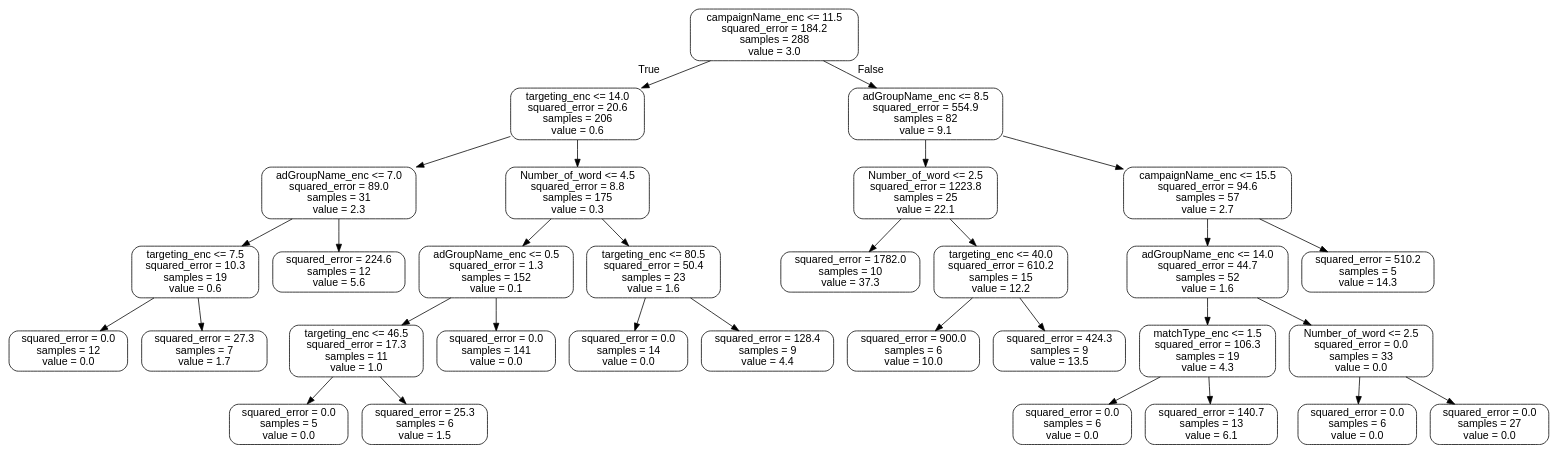
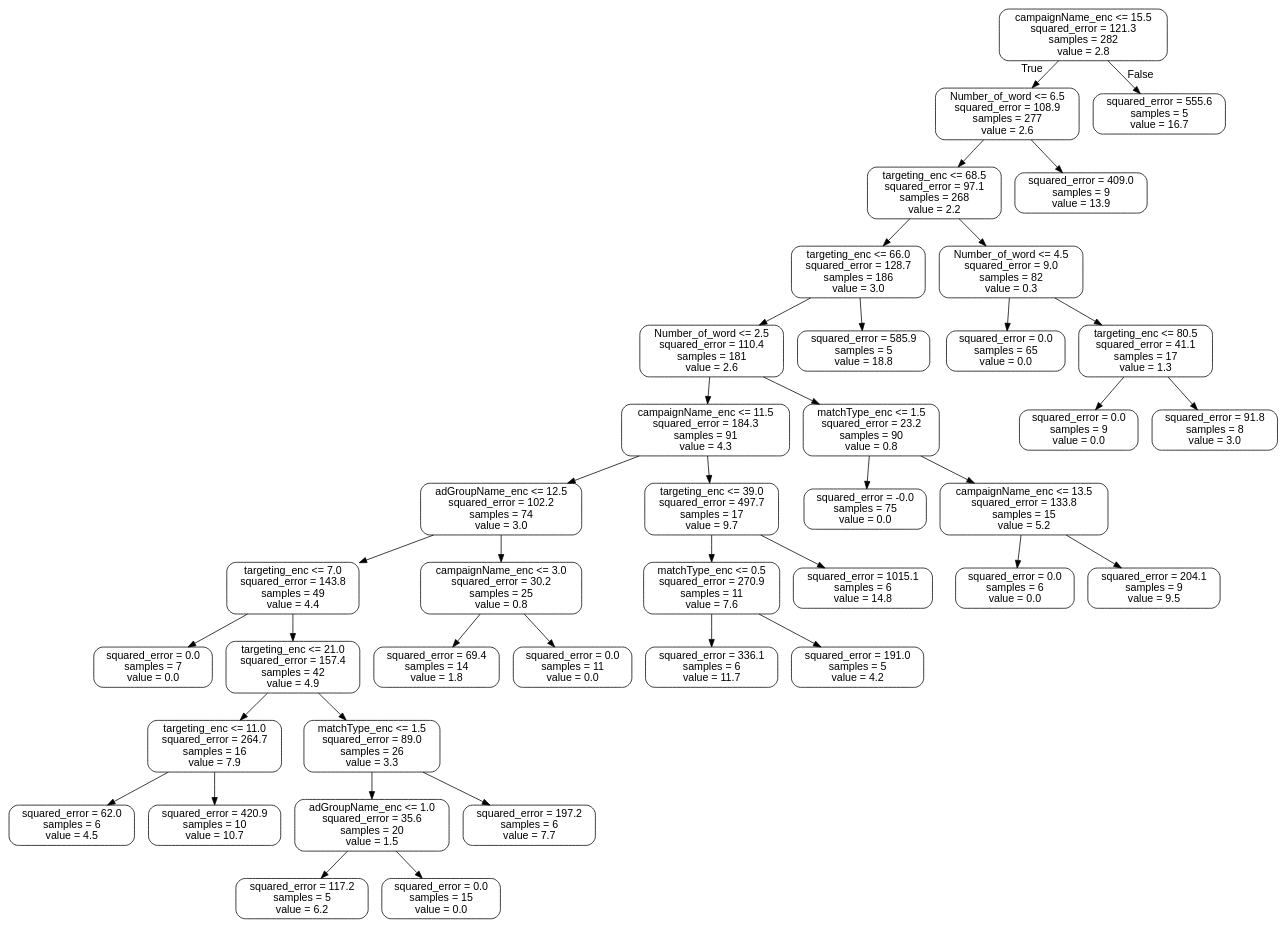
One commit to mike-lee-dev/ppc_api changed the diagram in tree.dot. Above: the diagram before and after it, drawn with Graphviz. The commit also changed 22 other files, not shown here.

```diff
--- a/tree.dot
+++ b/tree.dot
@@ -1,65 +1,81 @@
 digraph Tree {
 node [shape=box, style="rounded", color="black", fontname="helvetica"] ;
 edge [fontname="helvetica"] ;
-0 [label="campaignName_enc <= 11.5\nsquared_error = 184.2\nsamples = 288\nvalue = 3.0"] ;
-1 [label="targeting_enc <= 14.0\nsquared_error = 20.6\nsamples = 206\nvalue = 0.6"] ;
+0 [label="campaignName_enc <= 15.5\nsquared_error = 121.3\nsamples = 282\nvalue = 2.8"] ;
+1 [label="Number_of_word <= 6.5\nsquared_error = 108.9\nsamples = 277\nvalue = 2.6"] ;
 0 -> 1 [labeldistance=2.5, labelangle=45, headlabel="True"] ;
-2 [label="adGroupName_enc <= 7.0\nsquared_error = 89.0\nsamples = 31\nvalue = 2.3"] ;
+2 [label="targeting_enc <= 68.5\nsquared_error = 97.1\nsamples = 268\nvalue = 2.2"] ;
 1 -> 2 ;
-3 [label="targeting_enc <= 7.5\nsquared_error = 10.3\nsamples = 19\nvalue = 0.6"] ;
+3 [label="targeting_enc <= 66.0\nsquared_error = 128.7\nsamples = 186\nvalue = 3.0"] ;
 2 -> 3 ;
-4 [label="squared_error = 0.0\nsamples = 12\nvalue = 0.0"] ;
+4 [label="Number_of_word <= 2.5\nsquared_error = 110.4\nsamples = 181\nvalue = 2.6"] ;
 3 -> 4 ;
-5 [label="squared_error = 27.3\nsamples = 7\nvalue = 1.7"] ;
-3 -> 5 ;
-6 [label="squared_error = 224.6\nsamples = 12\nvalue = 5.6"] ;
-2 -> 6 ;
-7 [label="Number_of_word <= 4.5\nsquared_error = 8.8\nsamples = 175\nvalue = 0.3"] ;
-1 -> 7 ;
-8 [label="adGroupName_enc <= 0.5\nsquared_error = 1.3\nsamples = 152\nvalue = 0.1"] ;
+5 [label="campaignName_enc <= 11.5\nsquared_error = 184.3\nsamples = 91\nvalue = 4.3"] ;
+4 -> 5 ;
+6 [label="adGroupName_enc <= 12.5\nsquared_error = 102.2\nsamples = 74\nvalue = 3.0"] ;
+5 -> 6 ;
+7 [label="targeting_enc <= 7.0\nsquared_error = 143.8\nsamples = 49\nvalue = 4.4"] ;
+6 -> 7 ;
+8 [label="squared_error = 0.0\nsamples = 7\nvalue = 0.0"] ;
 7 -> 8 ;
-9 [label="targeting_enc <= 46.5\nsquared_error = 17.3\nsamples = 11\nvalue = 1.0"] ;
-8 -> 9 ;
-10 [label="squared_error = 0.0\nsamples = 5\nvalue = 0.0"] ;
+9 [label="targeting_enc <= 21.0\nsquared_error = 157.4\nsamples = 42\nvalue = 4.9"] ;
+7 -> 9 ;
+10 [label="targeting_enc <= 11.0\nsquared_error = 264.7\nsamples = 16\nvalue = 7.9"] ;
 9 -> 10 ;
-11 [label="squared_error = 25.3\nsamples = 6\nvalue = 1.5"] ;
-9 -> 11 ;
-12 [label="squared_error = 0.0\nsamples = 141\nvalue = 0.0"] ;
-8 -> 12 ;
-13 [label="targeting_enc <= 80.5\nsquared_error = 50.4\nsamples = 23\nvalue = 1.6"] ;
-7 -> 13 ;
-14 [label="squared_error = 0.0\nsamples = 14\nvalue = 0.0"] ;
+11 [label="squared_error = 62.0\nsamples = 6\nvalue = 4.5"] ;
+10 -> 11 ;
+12 [label="squared_error = 420.9\nsamples = 10\nvalue = 10.7"] ;
+10 -> 12 ;
+13 [label="matchType_enc <= 1.5\nsquared_error = 89.0\nsamples = 26\nvalue = 3.3"] ;
+9 -> 13 ;
+14 [label="adGroupName_enc <= 1.0\nsquared_error = 35.6\nsamples = 20\nvalue = 1.5"] ;
 13 -> 14 ;
-15 [label="squared_error = 128.4\nsamples = 9\nvalue = 4.4"] ;
-13 -> 15 ;
-16 [label="adGroupName_enc <= 8.5\nsquared_error = 554.9\nsamples = 82\nvalue = 9.1"] ;
-0 -> 16 [labeldistance=2.5, labelangle=-45, headlabel="False"] ;
-17 [label="Number_of_word <= 2.5\nsquared_error = 1223.8\nsamples = 25\nvalue = 22.1"] ;
-16 -> 17 ;
-18 [label="squared_error = 1782.0\nsamples = 10\nvalue = 37.3"] ;
-17 -> 18 ;
-19 [label="targeting_enc <= 40.0\nsquared_error = 610.2\nsamples = 15\nvalue = 12.2"] ;
-17 -> 19 ;
-20 [label="squared_error = 900.0\nsamples = 6\nvalue = 10.0"] ;
-19 -> 20 ;
-21 [label="squared_error = 424.3\nsamples = 9\nvalue = 13.5"] ;
-19 -> 21 ;
-22 [label="campaignName_enc <= 15.5\nsquared_error = 94.6\nsamples = 57\nvalue = 2.7"] ;
-16 -> 22 ;
-23 [label="adGroupName_enc <= 14.0\nsquared_error = 44.7\nsamples = 52\nvalue = 1.6"] ;
+15 [label="squared_error = 117.2\nsamples = 5\nvalue = 6.2"] ;
+14 -> 15 ;
+16 [label="squared_error = 0.0\nsamples = 15\nvalue = 0.0"] ;
+14 -> 16 ;
+17 [label="squared_error = 197.2\nsamples = 6\nvalue = 7.7"] ;
+13 -> 17 ;
+18 [label="campaignName_enc <= 3.0\nsquared_error = 30.2\nsamples = 25\nvalue = 0.8"] ;
+6 -> 18 ;
+19 [label="squared_error = 69.4\nsamples = 14\nvalue = 1.8"] ;
+18 -> 19 ;
+20 [label="squared_error = 0.0\nsamples = 11\nvalue = 0.0"] ;
+18 -> 20 ;
+21 [label="targeting_enc <= 39.0\nsquared_error = 497.7\nsamples = 17\nvalue = 9.7"] ;
+5 -> 21 ;
+22 [label="matchType_enc <= 0.5\nsquared_error = 270.9\nsamples = 11\nvalue = 7.6"] ;
+21 -> 22 ;
+23 [label="squared_error = 336.1\nsamples = 6\nvalue = 11.7"] ;
 22 -> 23 ;
-24 [label="matchType_enc <= 1.5\nsquared_error = 106.3\nsamples = 19\nvalue = 4.3"] ;
-23 -> 24 ;
-25 [label="squared_error = 0.0\nsamples = 6\nvalue = 0.0"] ;
-24 -> 25 ;
-26 [label="squared_error = 140.7\nsamples = 13\nvalue = 6.1"] ;
-24 -> 26 ;
-27 [label="Number_of_word <= 2.5\nsquared_error = 0.0\nsamples = 33\nvalue = 0.0"] ;
-23 -> 27 ;
-28 [label="squared_error = 0.0\nsamples = 6\nvalue = 0.0"] ;
-27 -> 28 ;
-29 [label="squared_error = 0.0\nsamples = 27\nvalue = 0.0"] ;
-27 -> 29 ;
-30 [label="squared_error = 510.2\nsamples = 5\nvalue = 14.3"] ;
-22 -> 30 ;
+24 [label="squared_error = 191.0\nsamples = 5\nvalue = 4.2"] ;
+22 -> 24 ;
+25 [label="squared_error = 1015.1\nsamples = 6\nvalue = 14.8"] ;
+21 -> 25 ;
+26 [label="matchType_enc <= 1.5\nsquared_error = 23.2\nsamples = 90\nvalue = 0.8"] ;
+4 -> 26 ;
+27 [label="squared_error = -0.0\nsamples = 75\nvalue = 0.0"] ;
+26 -> 27 ;
+28 [label="campaignName_enc <= 13.5\nsquared_error = 133.8\nsamples = 15\nvalue = 5.2"] ;
+26 -> 28 ;
+29 [label="squared_error = 0.0\nsamples = 6\nvalue = 0.0"] ;
+28 -> 29 ;
+30 [label="squared_error = 204.1\nsamples = 9\nvalue = 9.5"] ;
+28 -> 30 ;
+31 [label="squared_error = 585.9\nsamples = 5\nvalue = 18.8"] ;
+3 -> 31 ;
+32 [label="Number_of_word <= 4.5\nsquared_error = 9.0\nsamples = 82\nvalue = 0.3"] ;
+2 -> 32 ;
+33 [label="squared_error = 0.0\nsamples = 65\nvalue = 0.0"] ;
+32 -> 33 ;
+34 [label="targeting_enc <= 80.5\nsquared_error = 41.1\nsamples = 17\nvalue = 1.3"] ;
+32 -> 34 ;
+35 [label="squared_error = 0.0\nsamples = 9\nvalue = 0.0"] ;
+34 -> 35 ;
+36 [label="squared_error = 91.8\nsamples = 8\nvalue = 3.0"] ;
+34 -> 36 ;
+37 [label="squared_error = 409.0\nsamples = 9\nvalue = 13.9"] ;
+1 -> 37 ;
+38 [label="squared_error = 555.6\nsamples = 5\nvalue = 16.7"] ;
+0 -> 38 [labeldistance=2.5, labelangle=-45, headlabel="False"] ;
 }
```
